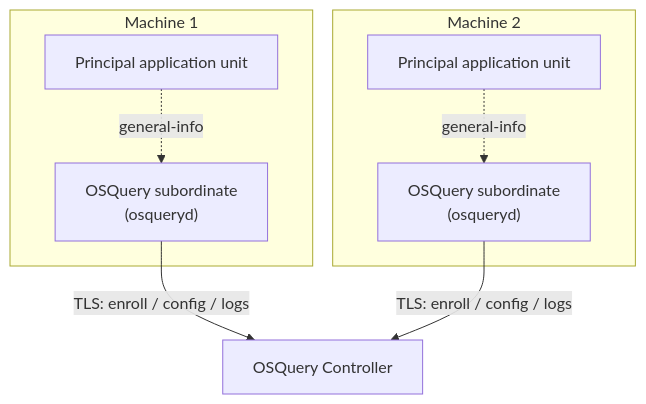
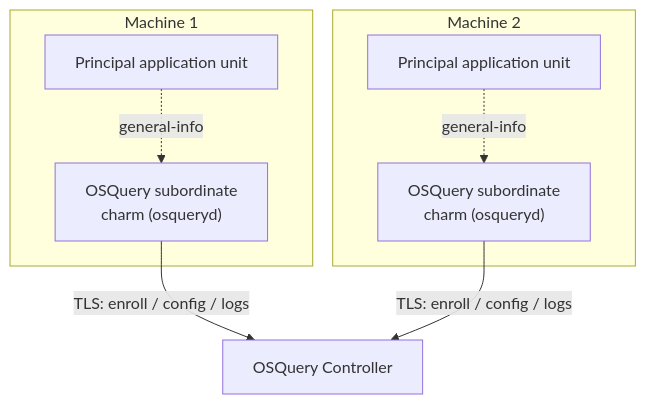
Before and after one commit to canonical/osquery-operator: the diagram in docs/reference/high-level-deployment.rst, drawn with Mermaid. The commit also changed other lines of this file and 12 other files, not shown here.

```diff
--- a/docs/reference/high-level-deployment.rst
+++ b/docs/reference/high-level-deployment.rst
@@ -16,16 +16,16 @@
 .. mermaid::
 
     flowchart TD
         subgraph host1["Machine 1"]
             principal1["Principal application unit"]
-            osquery1["OSQuery subordinate<br/>(osqueryd)"]
+            osquery1["OSQuery subordinate<br/>charm (osqueryd)"]
             principal1 -.->|general-info| osquery1
         end
         subgraph host2["Machine 2"]
             principal2["Principal application unit"]
-            osquery2["OSQuery subordinate<br/>(osqueryd)"]
+            osquery2["OSQuery subordinate<br/>charm (osqueryd)"]
             principal2 -.->|general-info| osquery2
         end
         controller["OSQuery Controller"]
         osquery1 -->|TLS: enroll / config / logs| controller
         osquery2 -->|TLS: enroll / config / logs| controller
```
